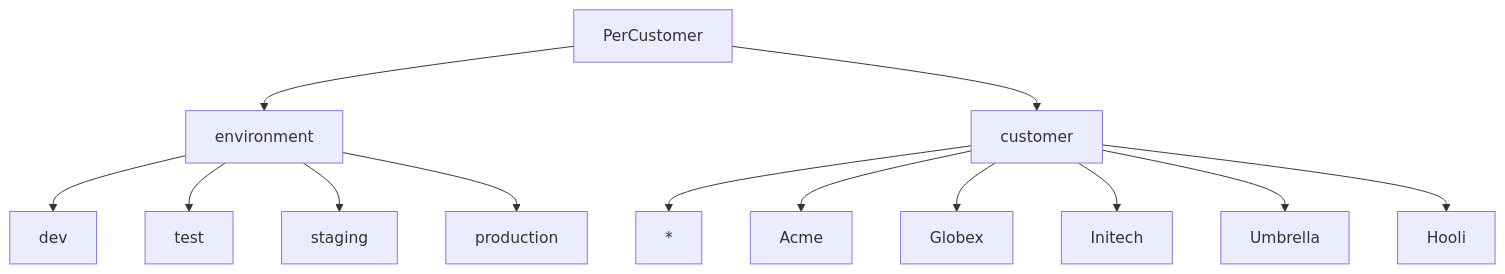
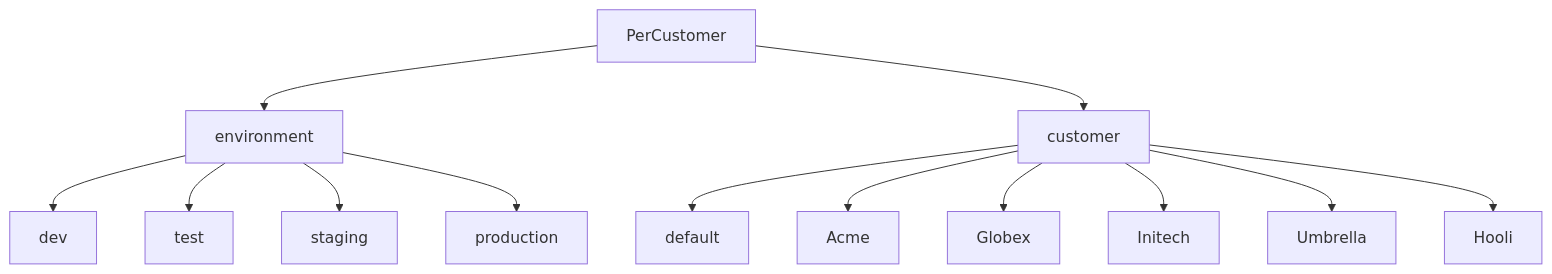
The third of 3 diagrams in README.md (programmablemike/toggle), drawn with Mermaid before and after one commit. The commit also changed other lines of this file, not shown here.

````diff
--- a/README.md
+++ b/README.md
@@ -118,6 +118,6 @@
 ```mermaid
 graph TD
     PerCustomer --> environment & customer
     environment --> dev & test & staging & production
-    customer --> * & Acme & Globex & Initech & Umbrella & Hooli
+    customer --> *[default] & Acme & Globex & Initech & Umbrella & Hooli
 ```
````
